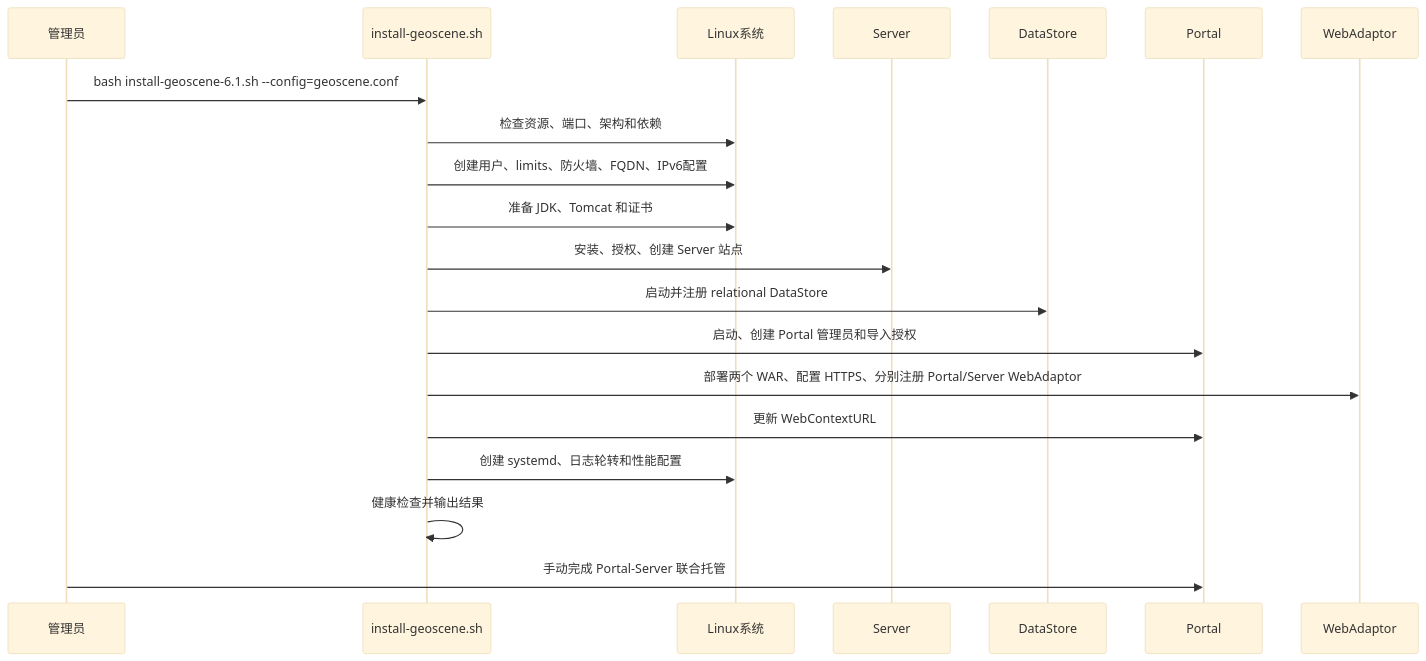
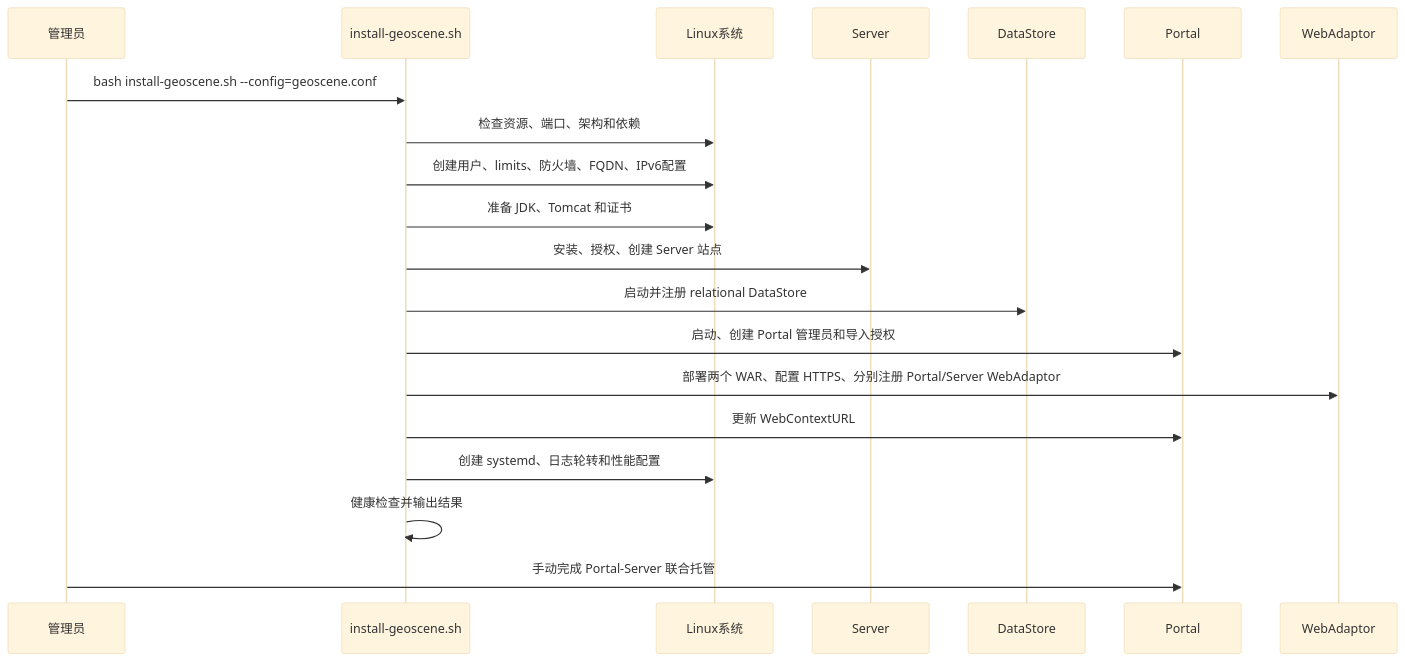
The second of 2 diagrams in GEOSCENE_SYSTEM_GUIDE.md (gongzhang9396-ui/geoscene-installer), drawn with Mermaid (base theme) before and after one commit. The commit also changed other lines of this file and 1 other file, not shown here.

````diff
--- a/GEOSCENE_SYSTEM_GUIDE.md
+++ b/GEOSCENE_SYSTEM_GUIDE.md
@@ -211,23 +217,23 @@
 ```mermaid
 sequenceDiagram
     participant A as 管理员
     participant I as install-geoscene.sh
     participant OS as Linux系统
     participant S as Server
     participant D as DataStore
     participant P as Portal
     participant W as WebAdaptor
 
-    A->>I: bash install-geoscene-6.1.sh --config=geoscene.conf
+    A->>I: bash install-geoscene.sh --config=geoscene.conf
     I->>OS: 检查资源、端口、架构和依赖
     I->>OS: 创建用户、limits、防火墙、FQDN、IPv6配置
     I->>OS: 准备 JDK、Tomcat 和证书
     I->>S: 安装、授权、创建 Server 站点
     I->>D: 启动并注册 relational DataStore
     I->>P: 启动、创建 Portal 管理员和导入授权
     I->>W: 部署两个 WAR、配置 HTTPS、分别注册 Portal/Server WebAdaptor
     I->>P: 更新 WebContextURL
     I->>OS: 创建 systemd、日志轮转和性能配置
     I->>I: 健康检查并输出结果
     A->>P: 手动完成 Portal-Server 联合托管
 ```
````
